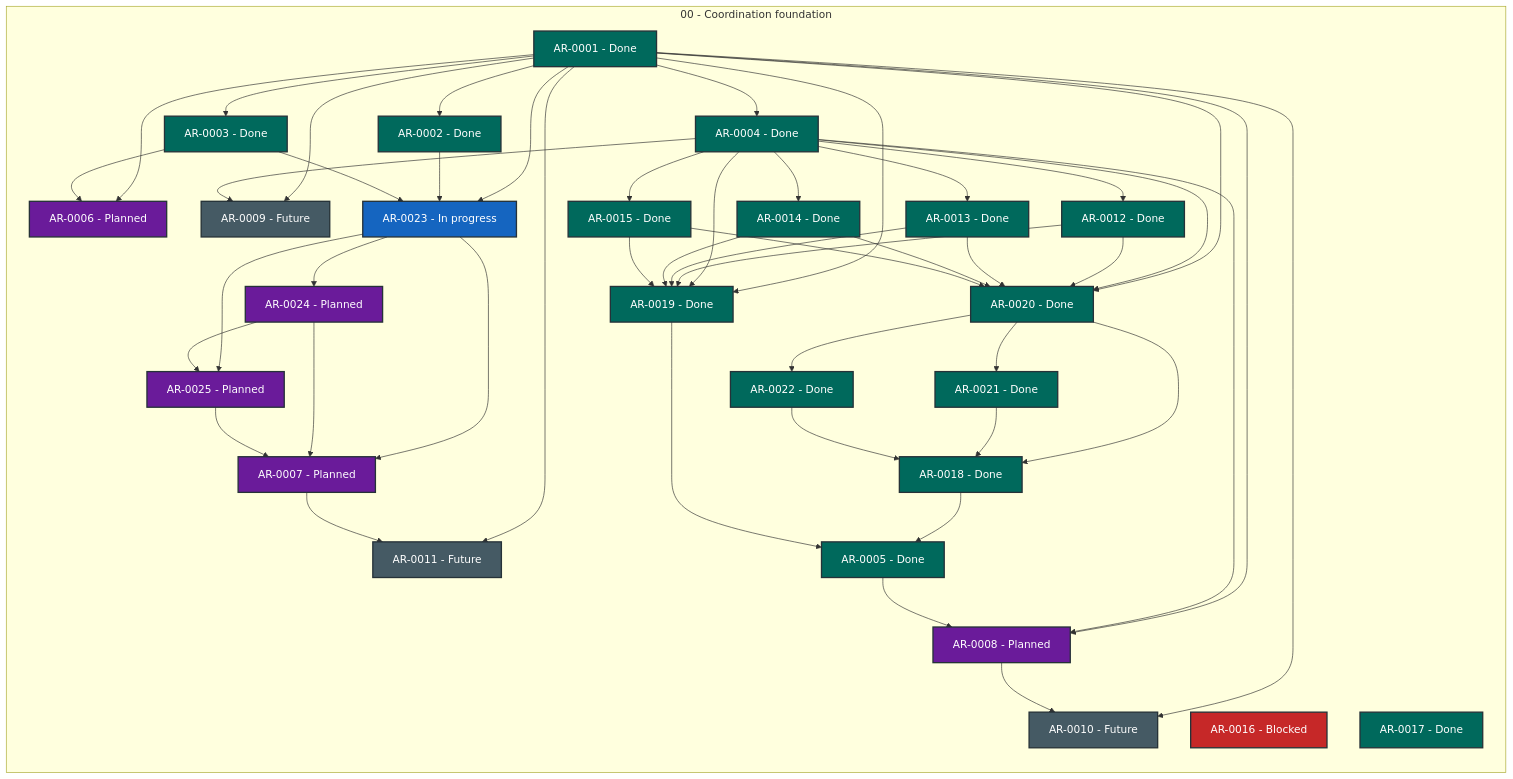
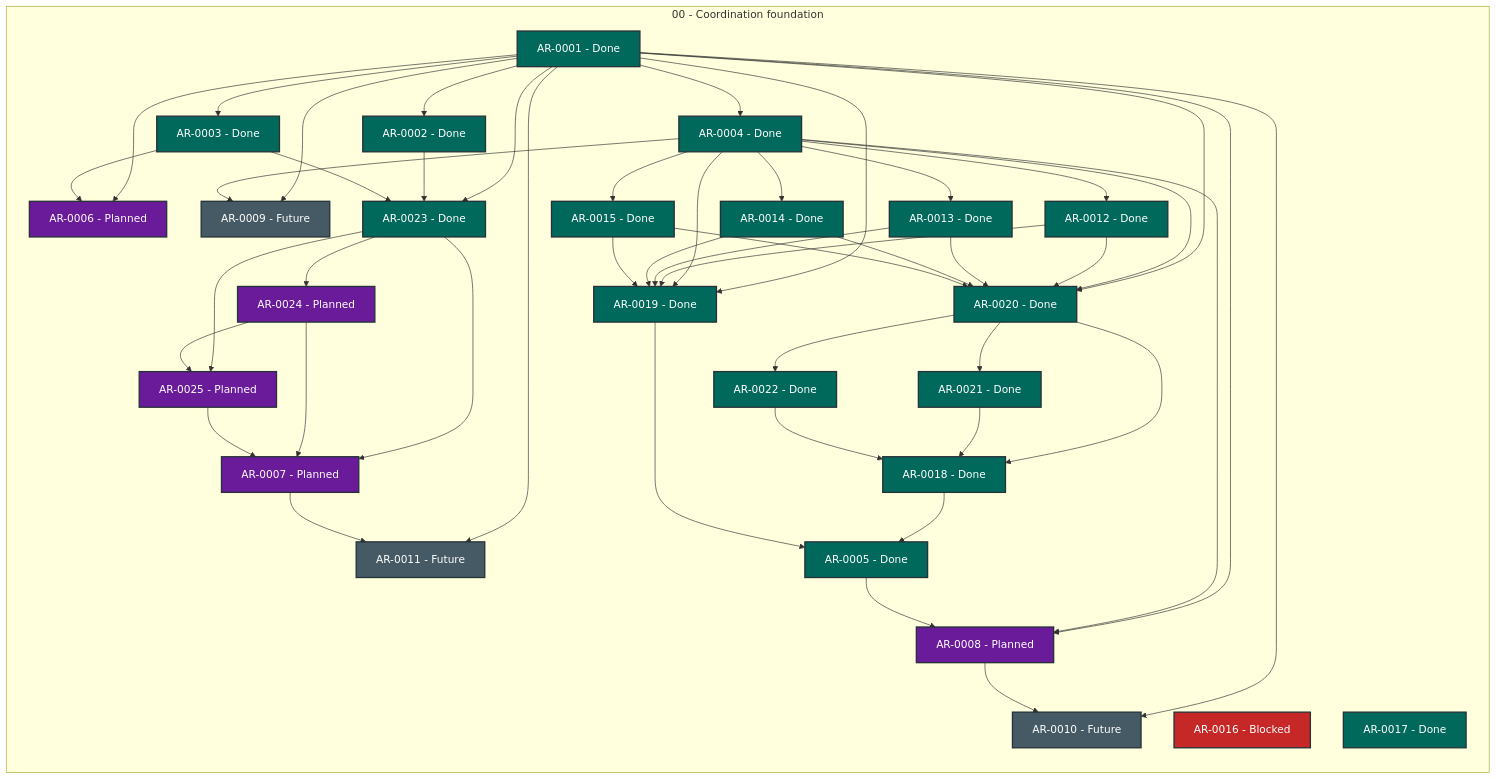
Before and after one commit to martin-beck/agent-workflow-quality-state: the diagram in STATUS.md, drawn with Mermaid. The commit also changed other lines of this file and 2 other files, not shown here.

```diff
--- a/STATUS.md
+++ b/STATUS.md
@@ -50,7 +50,7 @@
         AR_0020["AR-0020 - Done"]:::status_done
         AR_0021["AR-0021 - Done"]:::status_done
         AR_0022["AR-0022 - Done"]:::status_done
-        AR_0023["AR-0023 - In progress"]:::status_in_progress
+        AR_0023["AR-0023 - Done"]:::status_done
         AR_0024["AR-0024 - Planned"]:::status_planned
         AR_0025["AR-0025 - Planned"]:::status_planned
     end
```
